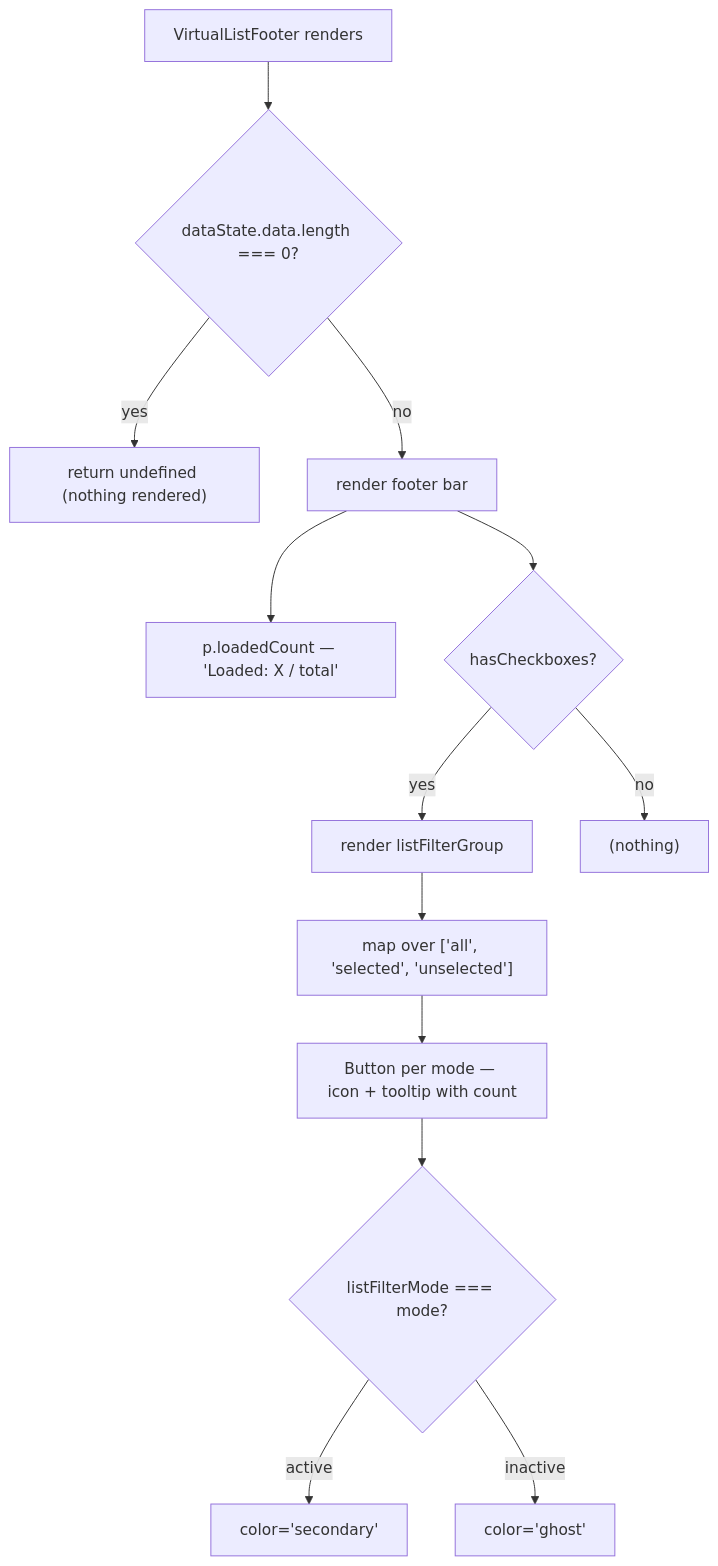
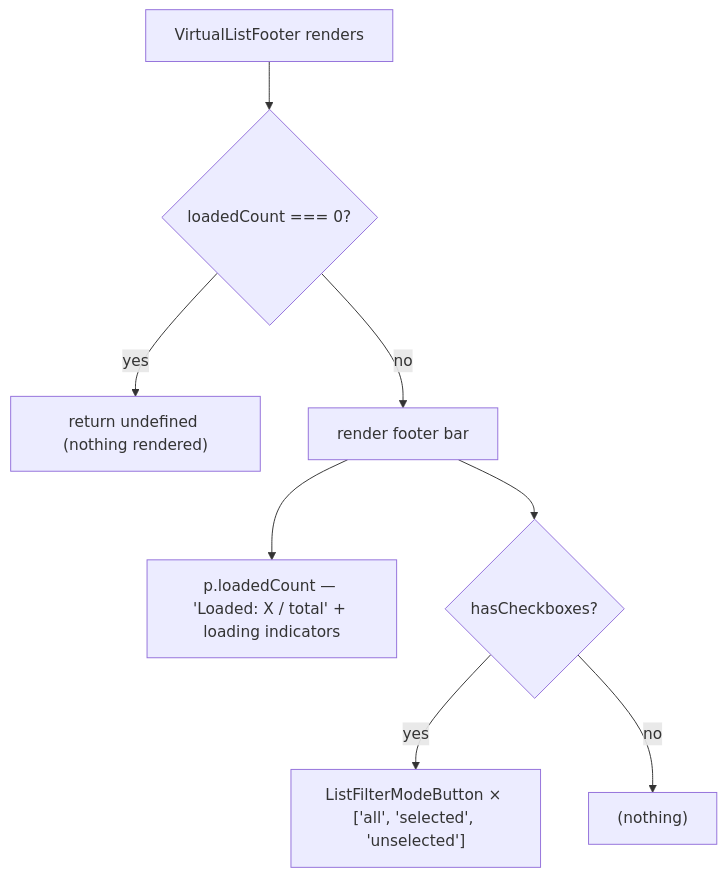
The diagram in packages/ui/src/components/VirtualList/VirtualListFooter/ARCHITECTURE.md (luciocabrera/lcabrera-stack), drawn with Mermaid before and after one commit. The commit also changed other lines of this file and 117 other files, not shown here.

First line of the commit message:
feat: implement VirtualList context actions and selectors

````diff
--- a/packages/ui/src/components/VirtualList/VirtualListFooter/ARCHITECTURE.md
+++ b/packages/ui/src/components/VirtualList/VirtualListFooter/ARCHITECTURE.md
@@ -29,15 +24,10 @@
 ```mermaid
 graph TD
-  A["VirtualListFooter renders"] --> B{"dataState.data.length === 0?"}
+  A["VirtualListFooter renders"] --> B{"loadedCount === 0?"}
   B -->|yes| C["return undefined (nothing rendered)"]
   B -->|no| D["render footer bar"]
-  D --> E["p.loadedCount — 'Loaded: X / total'"]
+  D --> E["p.loadedCount — 'Loaded: X / total' + loading indicators"]
   D --> F{"hasCheckboxes?"}
-  F -->|yes| G["render listFilterGroup"]
+  F -->|yes| G["ListFilterModeButton × ['all', 'selected', 'unselected']"]
   F -->|no| H["(nothing)"]
-  G --> I["map over ['all', 'selected', 'unselected']"]
-  I --> J["Button per mode — icon + tooltip with count"]
-  J --> K{"listFilterMode === mode?"}
-  K -->|active| L["color='secondary'"]
-  K -->|inactive| M["color='ghost'"]
 ```
````
